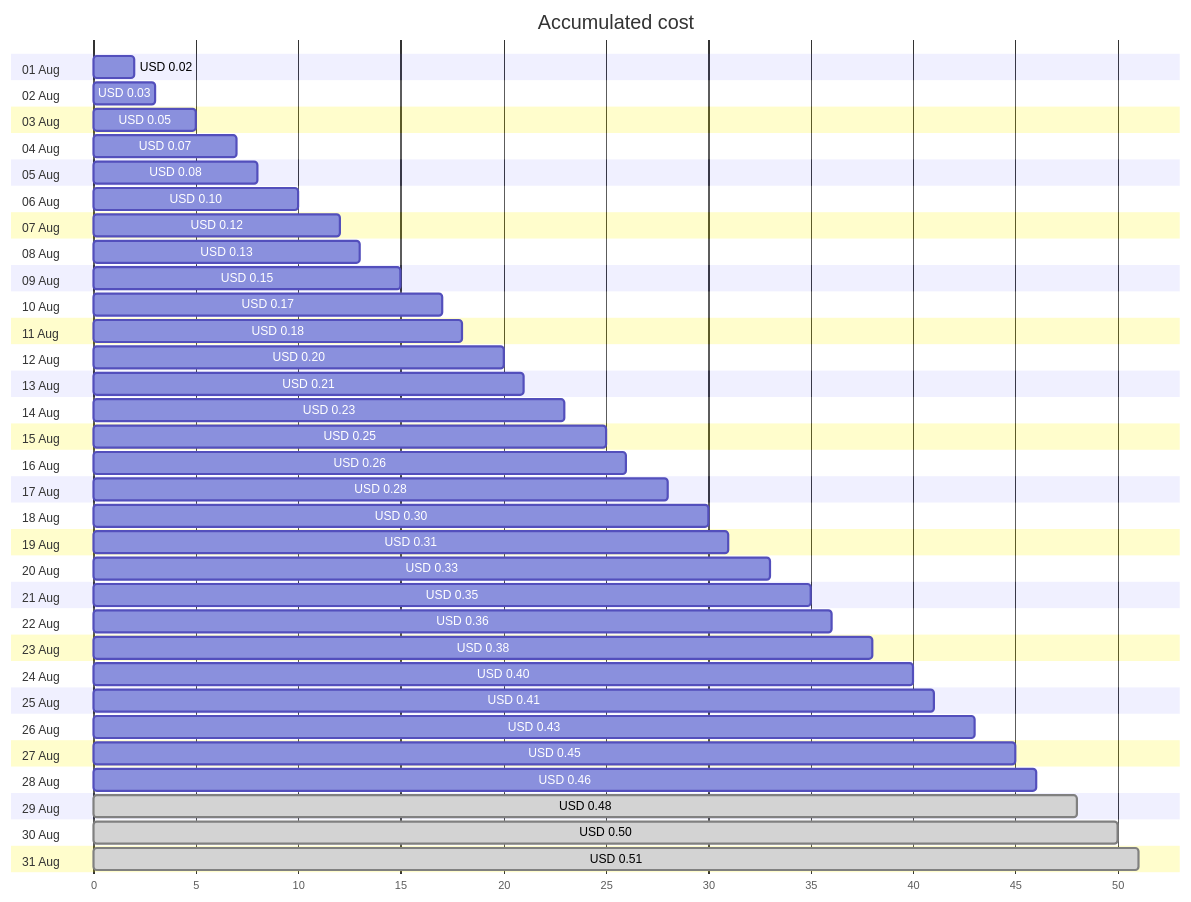
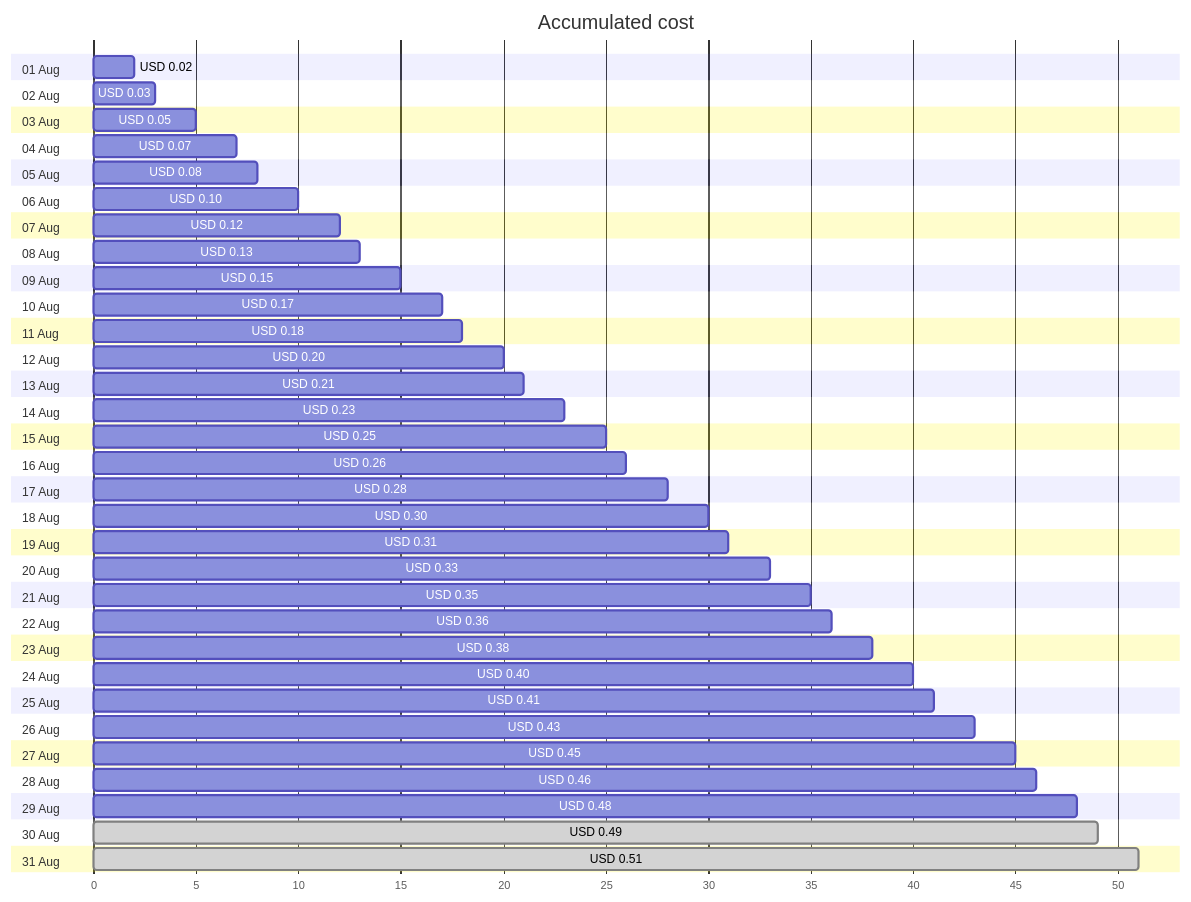
The first of 4 diagrams in cost-reports/personal-dns/jpatrickfulton.dev.md (jpfulton/azure-personal-reports), drawn with Mermaid before and after one commit. The commit also changed other lines of this file and 2 other files, not shown here.

````diff
--- a/cost-reports/personal-dns/jpatrickfulton.dev.md
+++ b/cost-reports/personal-dns/jpatrickfulton.dev.md
@@ -20,68 +20,68 @@
 ```mermaid
 gantt
    title Accumulated cost
    dateFormat  X
    axisFormat %s
    section 01 Aug
    USD 0.02 :0, 2
    section 02 Aug
    USD 0.03 :0, 3
    section 03 Aug
    USD 0.05 :0, 5
    section 04 Aug
    USD 0.07 :0, 7
    section 05 Aug
    USD 0.08 :0, 8
    section 06 Aug
    USD 0.10 :0, 10
    section 07 Aug
    USD 0.12 :0, 12
    section 08 Aug
    USD 0.13 :0, 13
    section 09 Aug
    USD 0.15 :0, 15
    section 10 Aug
    USD 0.17 :0, 17
    section 11 Aug
    USD 0.18 :0, 18
    section 12 Aug
    USD 0.20 :0, 20
    section 13 Aug
    USD 0.21 :0, 21
    section 14 Aug
    USD 0.23 :0, 23
    section 15 Aug
    USD 0.25 :0, 25
    section 16 Aug
    USD 0.26 :0, 26
    section 17 Aug
    USD 0.28 :0, 28
    section 18 Aug
    USD 0.30 :0, 30
    section 19 Aug
    USD 0.31 :0, 31
    section 20 Aug
    USD 0.33 :0, 33
    section 21 Aug
    USD 0.35 :0, 35
    section 22 Aug
    USD 0.36 :0, 36
    section 23 Aug
    USD 0.38 :0, 38
    section 24 Aug
    USD 0.40 :0, 40
    section 25 Aug
    USD 0.41 :0, 41
    section 26 Aug
    USD 0.43 :0, 43
    section 27 Aug
    USD 0.45 :0, 45
    section 28 Aug
    USD 0.46 :0, 46
    section 29 Aug
-   USD 0.48 : done, 0, 48
+   USD 0.48 :0, 48
    section 30 Aug
-   USD 0.50 : done, 0, 50
+   USD 0.49 : done, 0, 49
    section 31 Aug
    USD 0.51 : done, 0, 51
 ```
````
